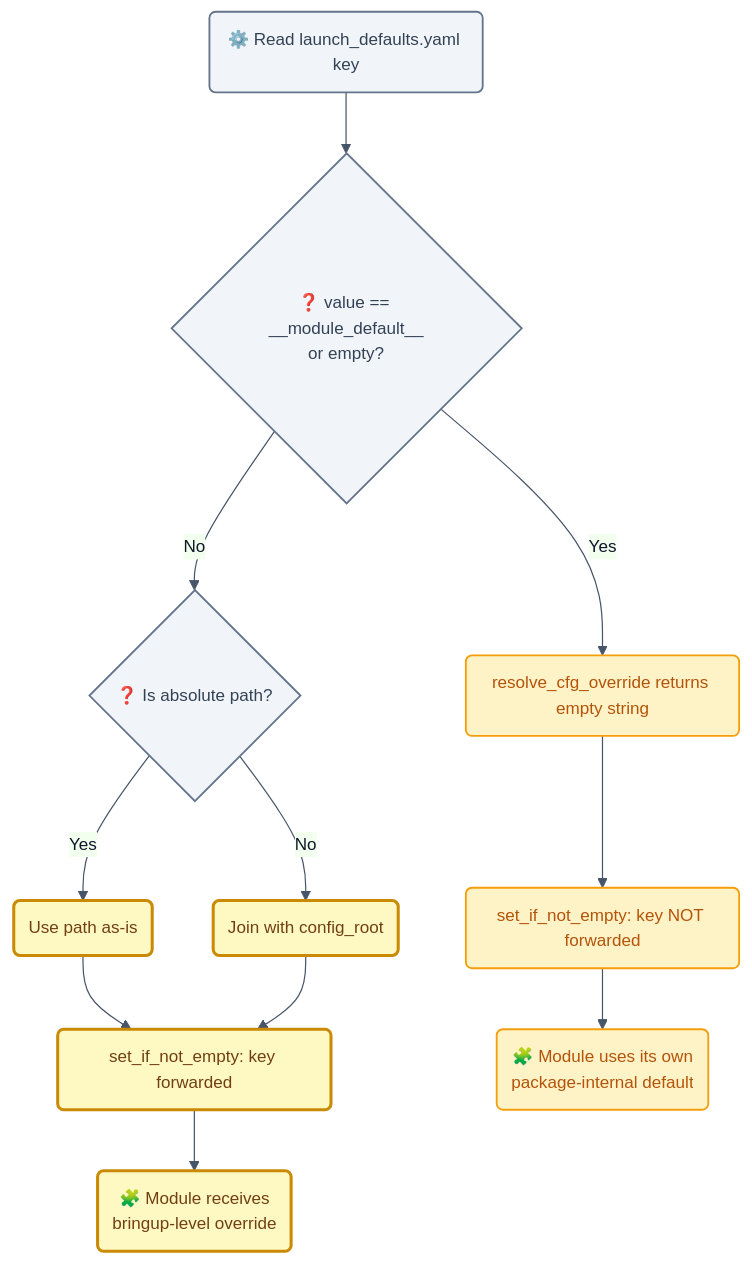
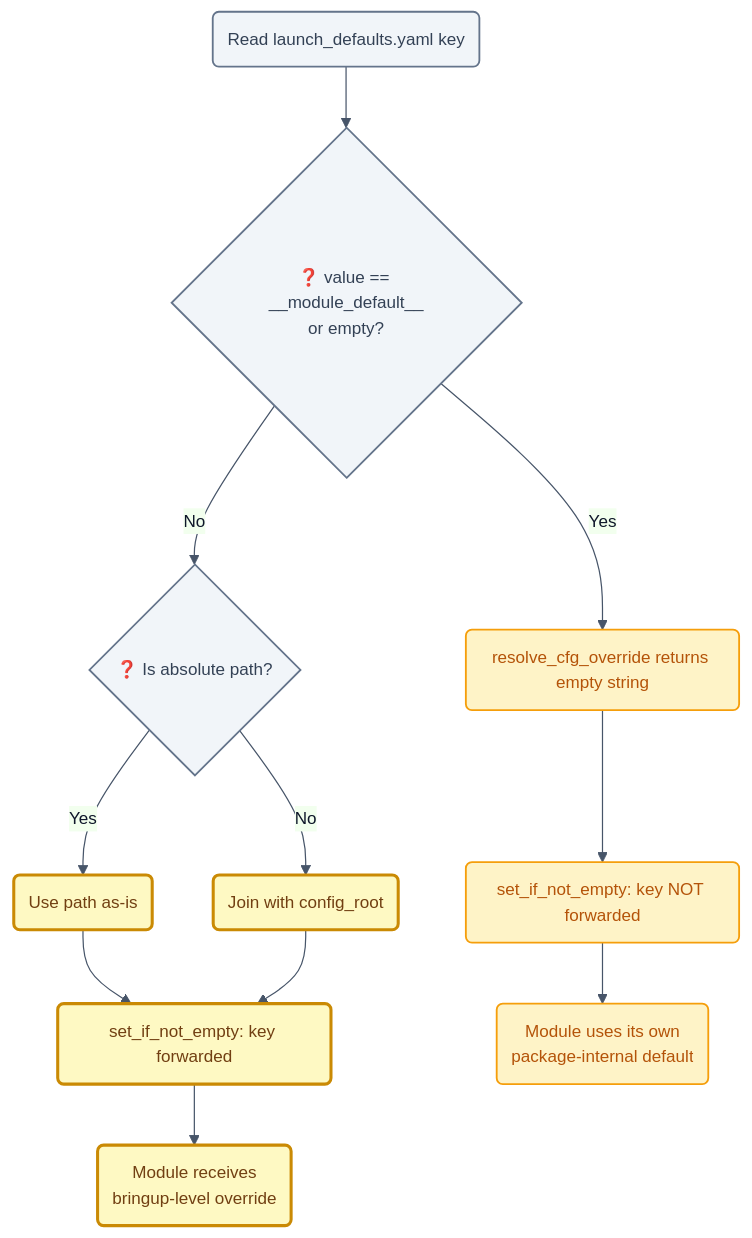
The third of 3 diagrams in camrod_bringup/README.md (hwanhonglee/CAMROD), drawn with Mermaid before and after one commit. The commit also changed other lines of this file and 11 other files, not shown here.

First line of the commit message:
docs: fix Mermaid syntax errors and reduce emoji overuse in all READMEs

````diff
--- a/camrod_bringup/README.md
+++ b/camrod_bringup/README.md
@@ -221,22 +221,22 @@
 ```mermaid
 %%{init: {'theme': 'base', 'themeVariables': {'fontFamily': 'ui-sans-serif, system-ui, sans-serif', 'fontSize': '14px', 'primaryColor': '#EEF2FF', 'primaryTextColor': '#0F172A', 'primaryBorderColor': '#6366F1', 'lineColor': '#475569'}, 'flowchart': {'curve': 'basis', 'htmlLabels': true, 'padding': 12}}}%%
 flowchart TD
   classDef mapping      fill:#FEF3C7,stroke:#F59E0B,stroke-width:1.5px,color:#B45309;
   classDef highlight    fill:#FEF9C3,stroke:#CA8A04,stroke-width:2.5px,color:#713F12;
   classDef system       fill:#F1F5F9,stroke:#64748B,stroke-width:1.5px,color:#334155;
 
-  A(⚙️ Read launch_defaults.yaml key) --> B{❓ value == __module_default__\nor empty?}
+  A(Read launch_defaults.yaml key) --> B{❓ value == __module_default__\nor empty?}
   B -- Yes --> C(resolve_cfg_override returns empty string)
   B -- No --> D{❓ Is absolute path?}
   D -- Yes --> E(Use path as-is)
   D -- No --> F(Join with config_root)
   C --> G(set_if_not_empty: key NOT forwarded)
   E --> H(set_if_not_empty: key forwarded)
   F --> H
-  G --> I(🧩 Module uses its own\npackage-internal default)
-  H --> J(🧩 Module receives\nbringup-level override)
+  G --> I(Module uses its own\npackage-internal default)
+  H --> J(Module receives\nbringup-level override)
 
   class C,G,I mapping
   class E,F,H,J highlight
   class A,B,D system
 ```
````
